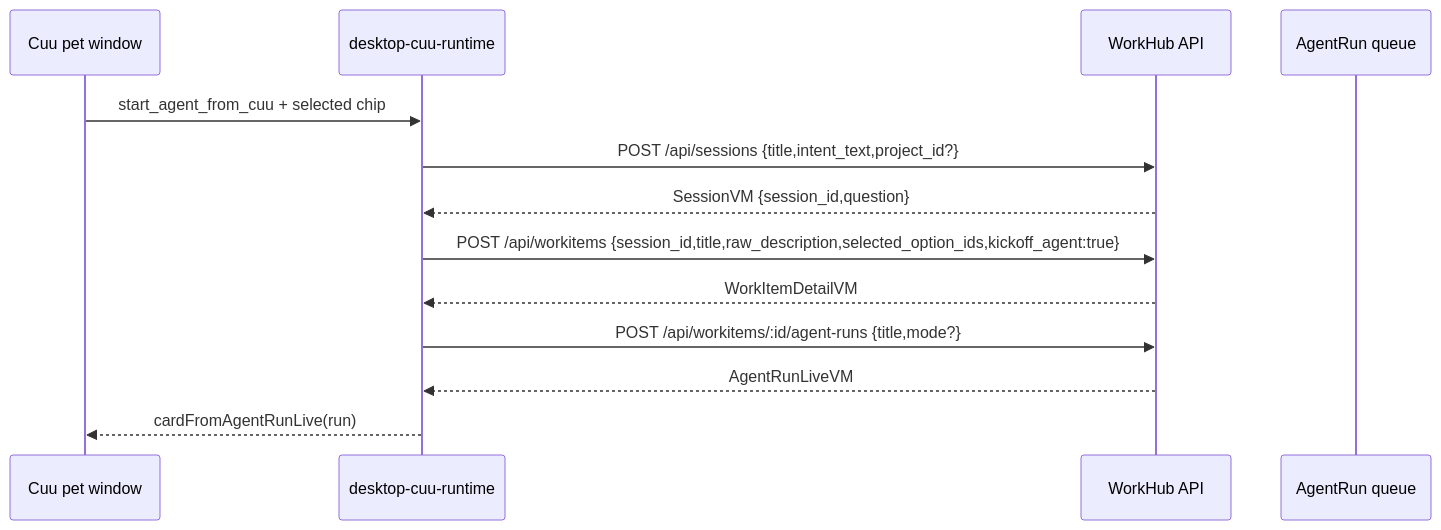
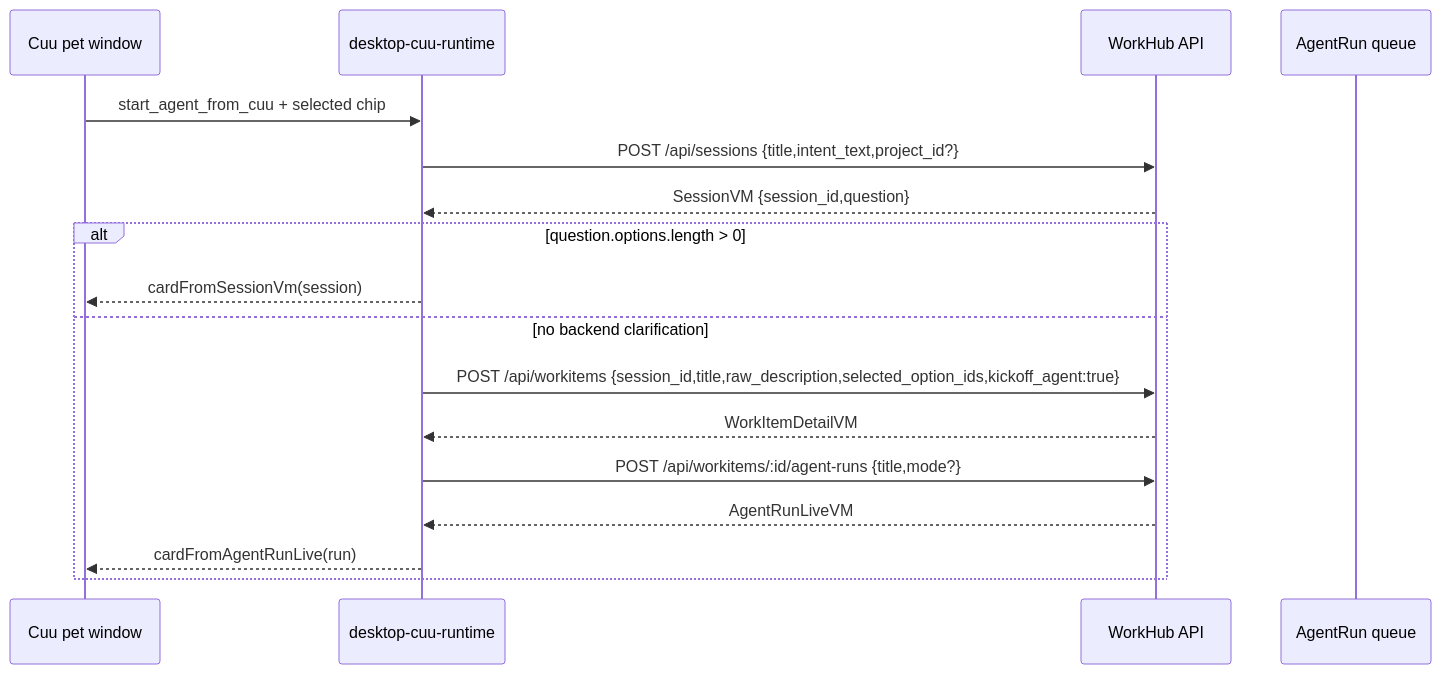
The diagram in docs/workhub/05-clients/cuu-r3-agent-entry.md (mycyg/WorkHub), drawn with Mermaid before and after one commit. The commit also changed other lines of this file and 5 other files, not shown here.

Commit message:
feat: respect cuu session clarification

````diff
--- a/docs/workhub/05-clients/cuu-r3-agent-entry.md
+++ b/docs/workhub/05-clients/cuu-r3-agent-entry.md
@@ -117,16 +132,20 @@
 ```mermaid
 sequenceDiagram
   participant Pet as Cuu pet window
   participant Runtime as desktop-cuu-runtime
   participant API as WorkHub API
   participant Queue as AgentRun queue
 
   Pet->>Runtime: start_agent_from_cuu + selected chip
   Runtime->>API: POST /api/sessions {title,intent_text,project_id?}
   API-->>Runtime: SessionVM {session_id,question}
-  Runtime->>API: POST /api/workitems {session_id,title,raw_description,selected_option_ids,kickoff_agent:true}
-  API-->>Runtime: WorkItemDetailVM
-  Runtime->>API: POST /api/workitems/:id/agent-runs {title,mode?}
-  API-->>Runtime: AgentRunLiveVM
-  Runtime-->>Pet: cardFromAgentRunLive(run)
+  alt question.options.length > 0
+    Runtime-->>Pet: cardFromSessionVm(session)
+  else no backend clarification
+    Runtime->>API: POST /api/workitems {session_id,title,raw_description,selected_option_ids,kickoff_agent:true}
+    API-->>Runtime: WorkItemDetailVM
+    Runtime->>API: POST /api/workitems/:id/agent-runs {title,mode?}
+    API-->>Runtime: AgentRunLiveVM
+    Runtime-->>Pet: cardFromAgentRunLive(run)
+  end
 ```
````
